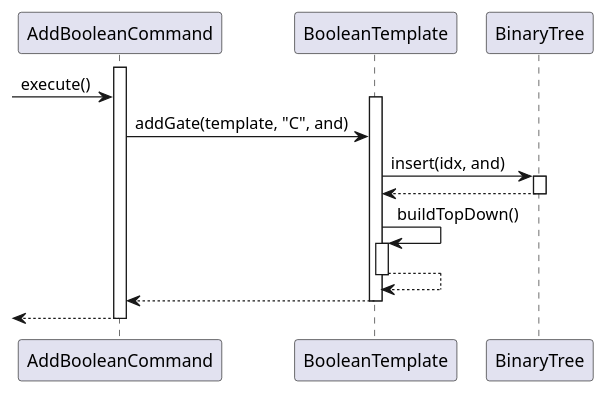
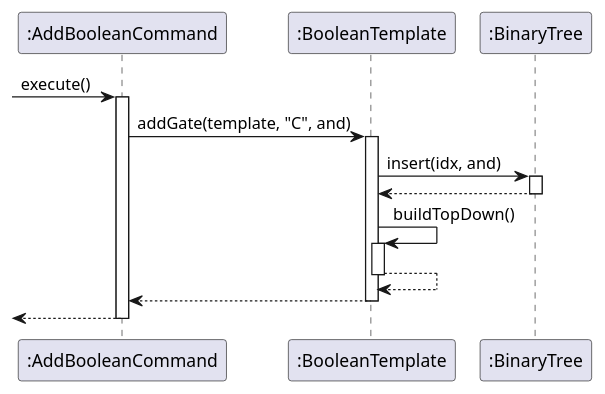
One commit to sevenseasofbri/tp changed the diagram in docs/diagrams/AddBooleanCommand.puml. Above: the diagram before and after it, drawn with PlantUML. The commit also changed other lines of this file and 11 other files, not shown here.

Commit message:
Changes to object, class, and sequence diagrams

```diff
--- a/docs/diagrams/AddBooleanCommand.puml
+++ b/docs/diagrams/AddBooleanCommand.puml
@@ -2,27 +1,25 @@
 @startuml
-activate AddBooleanCommand
+[-> ":AddBooleanCommand" : execute()
+activate ":AddBooleanCommand"
 
-->AddBooleanCommand: execute()
+":AddBooleanCommand" -> ":BooleanTemplate": addGate(template, "C", and)
+activate ":BooleanTemplate"
 
-activate BooleanTemplate
-AddBooleanCommand -> BooleanTemplate: addGate(template, "C", and)
+":BooleanTemplate" -> ":BinaryTree" : insert(idx, and)
+activate ":BinaryTree"
 
+":BinaryTree" --> ":BooleanTemplate"
+deactivate ":BinaryTree"
 
-BooleanTemplate -> BinaryTree : insert(idx, and)
-activate BinaryTree
+":BooleanTemplate" -> ":BooleanTemplate" : buildTopDown()
+activate ":BooleanTemplate"
 
-BinaryTree --> BooleanTemplate
-deactivate BinaryTree
+":BooleanTemplate" --> ":BooleanTemplate"
+deactivate ":BooleanTemplate"
 
-BooleanTemplate -> BooleanTemplate : buildTopDown()
-activate BooleanTemplate
+":BooleanTemplate" --> ":AddBooleanCommand"
+deactivate ":BooleanTemplate"
 
-BooleanTemplate --> BooleanTemplate
-deactivate BooleanTemplate
-
-BooleanTemplate --> AddBooleanCommand
-deactivate BooleanTemplate
-
-<-- AddBooleanCommand
-deactivate AddBooleanCommand
+[<-- ":AddBooleanCommand"
+deactivate ":AddBooleanCommand"
 @enduml
```
